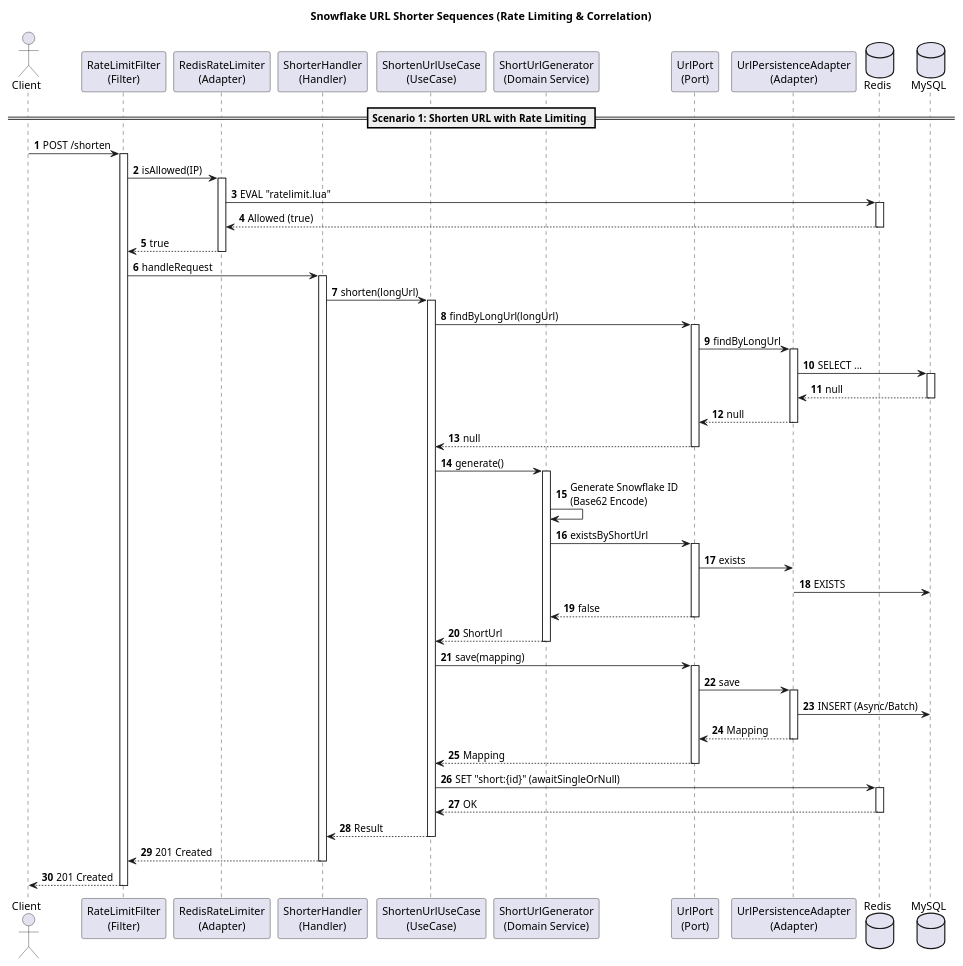
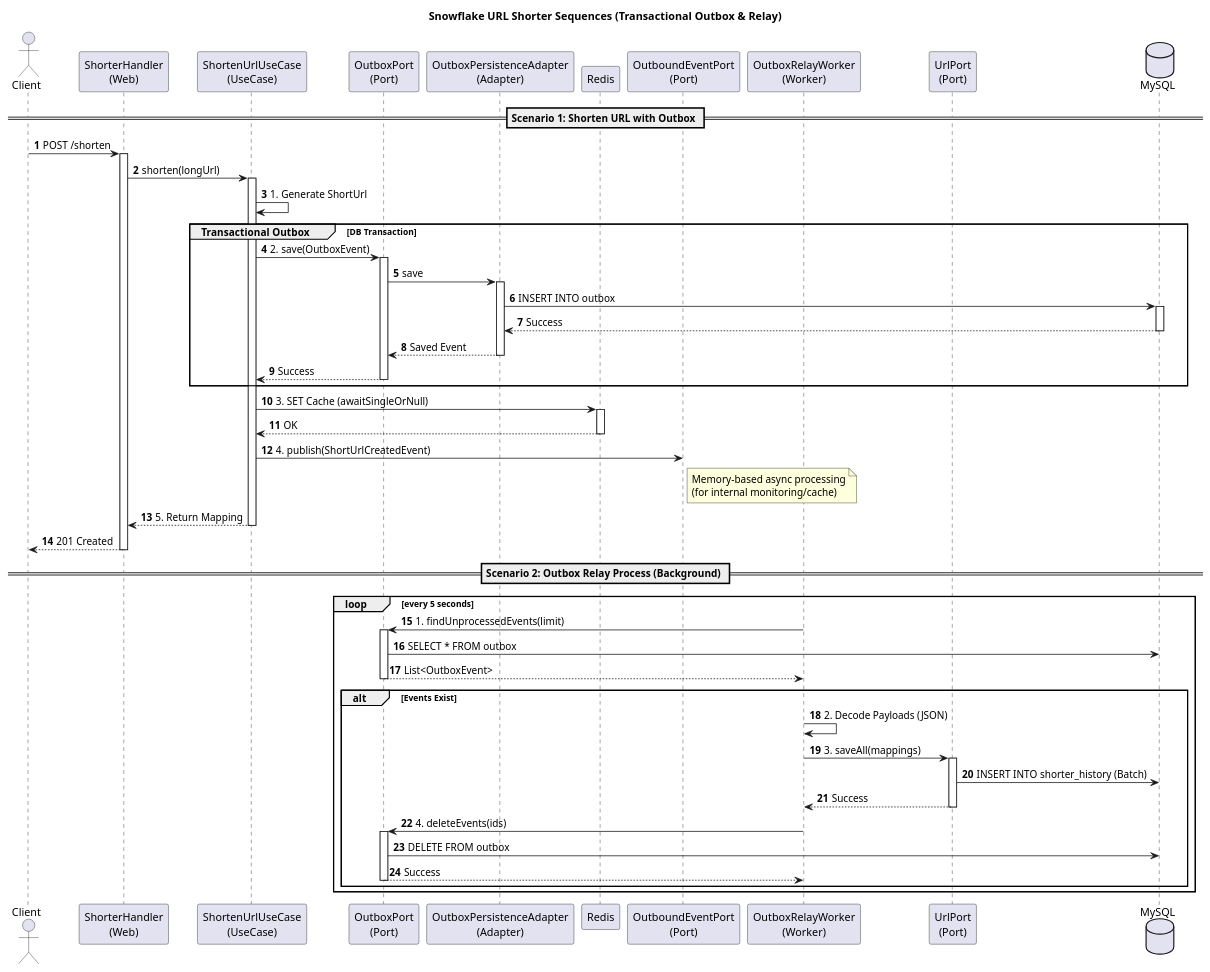
Before and after one commit to parkmh04-ship-it/snowflake: the diagram in docs/sequence_diagram.puml, drawn with PlantUML. The commit also changed 17 other files, not shown here.

First line of the commit message:
신규: 데이터 영속성 보장을 위한 Transactional Outbox 패턴 도입 및 관련 문서 현행화

```diff
--- a/docs/sequence_diagram.puml
+++ b/docs/sequence_diagram.puml
@@ -1,87 +1,82 @@
 @startuml
 autonumber
 
-title Snowflake URL Shorter Sequences (Rate Limiting & Correlation)
+title Snowflake URL Shorter Sequences (Transactional Outbox & Relay)
 
 actor Client
-participant "RateLimitFilter\n(Filter)" as Filter
-participant "RedisRateLimiter\n(Adapter)" as RedisLimiter
-participant "ShorterHandler\n(Handler)" as Handler
+participant "ShorterHandler\n(Web)" as Handler
 participant "ShortenUrlUseCase\n(UseCase)" as UseCase
-participant "ShortUrlGenerator\n(Domain Service)" as Generator
+participant "OutboxPort\n(Port)" as OutboxPort
+participant "OutboxPersistenceAdapter\n(Adapter)" as OutboxAdapter
+participant "Redis" as Redis
+participant "OutboundEventPort\n(Port)" as EventPort
+participant "OutboxRelayWorker\n(Worker)" as RelayWorker
 participant "UrlPort\n(Port)" as UrlPort
-participant "UrlPersistenceAdapter\n(Adapter)" as UrlAdapter
-database "Redis" as Redis
 database "MySQL" as DB
 
-== Scenario 1: Shorten URL with Rate Limiting ==
+== Scenario 1: Shorten URL with Outbox ==
 
-Client -> Filter: POST /shorten
-activate Filter
+Client -> Handler: POST /shorten
+activate Handler
 
-    Filter -> RedisLimiter: isAllowed(IP)
-    activate RedisLimiter
-        RedisLimiter -> Redis: EVAL "ratelimit.lua"
+    Handler -> UseCase: shorten(longUrl)
+    activate UseCase
+
+        UseCase -> UseCase: 1. Generate ShortUrl
+        
+        group Transactional Outbox [DB Transaction]
+            UseCase -> OutboxPort: 2. save(OutboxEvent)
+            activate OutboxPort
+                OutboxPort -> OutboxAdapter: save
+                activate OutboxAdapter
+                    OutboxAdapter -> DB: INSERT INTO outbox
+                    activate DB
+                    DB --> OutboxAdapter: Success
+                    deactivate DB
+                OutboxAdapter --> OutboxPort: Saved Event
+                deactivate OutboxAdapter
+            OutboxPort --> UseCase: Success
+            deactivate OutboxPort
+        end
+
+        UseCase -> Redis: 3. SET Cache (awaitSingleOrNull)
         activate Redis
-        Redis --> RedisLimiter: Allowed (true)
+        Redis --> UseCase: OK
         deactivate Redis
-    RedisLimiter --> Filter: true
-    deactivate RedisLimiter
 
-    Filter -> Handler: handleRequest
-    activate Handler
-
-        Handler -> UseCase: shorten(longUrl)
-        activate UseCase
-
-            UseCase -> UrlPort: findByLongUrl(longUrl)
-            activate UrlPort
-                UrlPort -> UrlAdapter: findByLongUrl
-                activate UrlAdapter
-                    UrlAdapter -> DB: SELECT ...
-                    activate DB
-                    DB --> UrlAdapter: null
-                    deactivate DB
-                UrlAdapter --> UrlPort: null
-                deactivate UrlAdapter
-            UrlPort --> UseCase: null
-            deactivate UrlPort
-
-            UseCase -> Generator: generate()
-            activate Generator
-                Generator -> Generator: Generate Snowflake ID\n(Base62 Encode)
-                Generator -> UrlPort: existsByShortUrl
-                activate UrlPort
-                    UrlPort -> UrlAdapter: exists
-                    UrlAdapter -> DB: EXISTS
-                UrlPort --> Generator: false
-                deactivate UrlPort
-            Generator --> UseCase: ShortUrl
-            deactivate Generator
-
-            UseCase -> UrlPort: save(mapping)
-            activate UrlPort
-                UrlPort -> UrlAdapter: save
-                activate UrlAdapter
-                    UrlAdapter -> DB: INSERT (Async/Batch)
-                UrlAdapter --> UrlPort: Mapping
-                deactivate UrlAdapter
-            UrlPort --> UseCase: Mapping
-            deactivate UrlPort
-
-            ' Redis Caching Refactored with Coroutines
-            UseCase -> Redis: SET "short:{id}" (awaitSingleOrNull)
-            activate Redis
-            Redis --> UseCase: OK
-            deactivate Redis
-
-        UseCase --> Handler: Result
+        UseCase -> EventPort: 4. publish(ShortUrlCreatedEvent)
+        note right of EventPort: Memory-based async processing\n(for internal monitoring/cache)
+        
+        UseCase --> Handler: 5. Return Mapping
         deactivate UseCase
 
-    Handler --> Filter: 201 Created
+    Handler --> Client: 201 Created
     deactivate Handler
 
-Filter --> Client: 201 Created
-deactivate Filter
+== Scenario 2: Outbox Relay Process (Background) ==
+
+loop every 5 seconds
+    RelayWorker -> OutboxPort: 1. findUnprocessedEvents(limit)
+    activate OutboxPort
+        OutboxPort -> DB: SELECT * FROM outbox
+    OutboxPort --> RelayWorker: List<OutboxEvent>
+    deactivate OutboxPort
+
+    alt Events Exist
+        RelayWorker -> RelayWorker: 2. Decode Payloads (JSON)
+        
+        RelayWorker -> UrlPort: 3. saveAll(mappings)
+        activate UrlPort
+            UrlPort -> DB: INSERT INTO shorter_history (Batch)
+        UrlPort --> RelayWorker: Success
+        deactivate UrlPort
+
+        RelayWorker -> OutboxPort: 4. deleteEvents(ids)
+        activate OutboxPort
+            OutboxPort -> DB: DELETE FROM outbox
+        OutboxPort --> RelayWorker: Success
+        deactivate OutboxPort
+    end
+end
 
 @enduml
```
